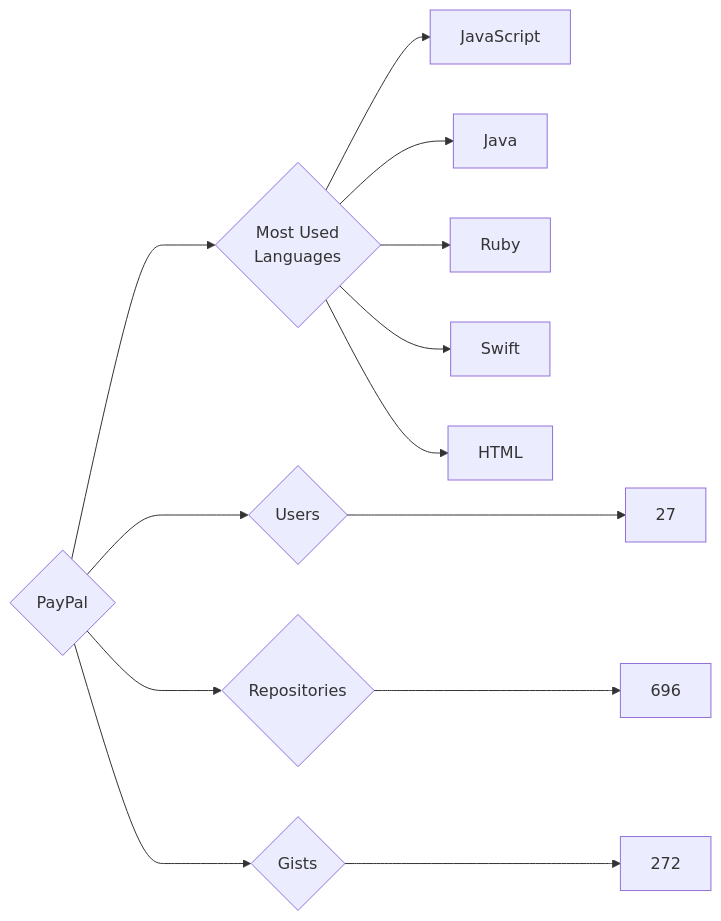
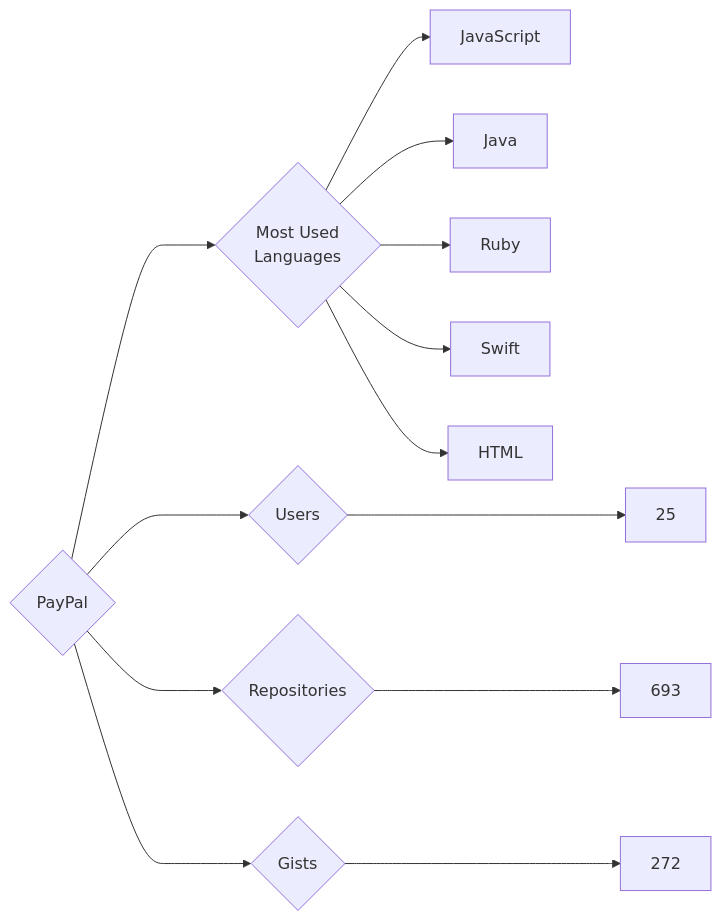
The diagram in targets/PayPal/README.md (trickest/insiders), drawn with Mermaid before and after one commit. The commit also changed 1479 other files, not shown here.

````diff
--- a/targets/PayPal/README.md
+++ b/targets/PayPal/README.md
@@ -3,13 +3,13 @@
 ```mermaid
 graph LR
 COMPANY_NAME{PayPal}
-COMPANY_NAME ---> U{Users} ---> UN[27]
-COMPANY_NAME ---> R{Repositories} ---> RN[696]
+COMPANY_NAME ---> U{Users} ---> UN[25]
+COMPANY_NAME ---> R{Repositories} ---> RN[693]
 COMPANY_NAME ---> G{Gists} ---> GN[272]
 COMPANY_NAME ---> ML{Most Used<br>Languages}
 ML --> JavaScript[JavaScript]
 ML --> Java[Java]
 ML --> Ruby[Ruby]
 ML --> Swift[Swift]
 ML --> HTML[HTML]
 ```
````
